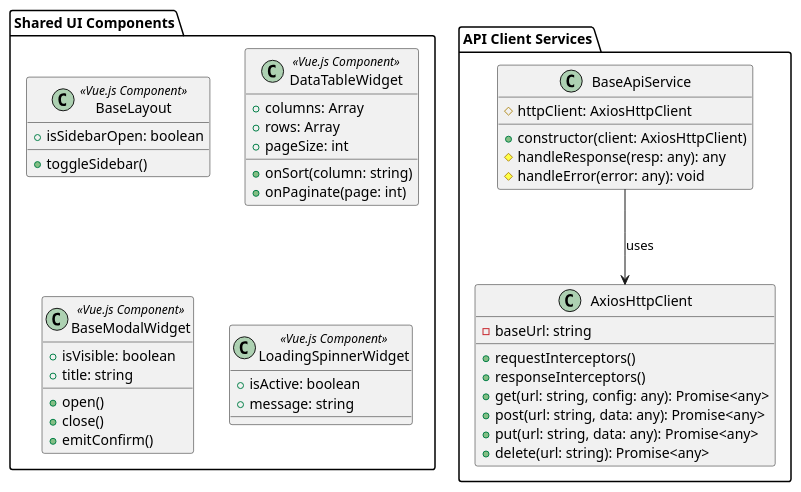
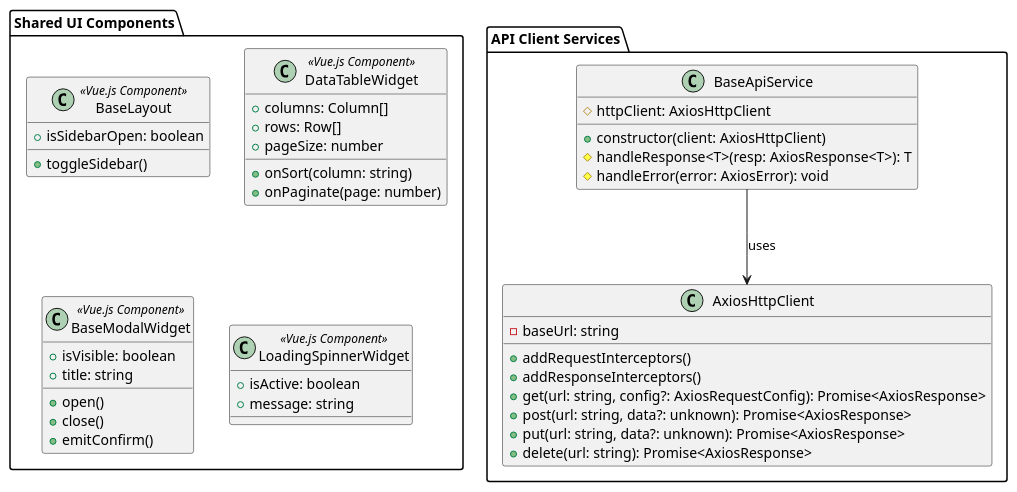
Before and after one commit to upc-pre-1asi0730-2610-10215-arcadiadevs/viora-report: the diagram in report/assets/diagram-sources/class-diagrams/shared-ui-and-api-client-services-diagram.puml, drawn with PlantUML. The commit also changed 24 other files, not shown here.

First line of the commit message:
refactor(diagram-sources): apply industry-standard naming conventions to class diagrams

```diff
--- a/report/assets/diagram-sources/class-diagrams/shared-ui-and-api-client-services-diagram.puml
+++ b/report/assets/diagram-sources/class-diagrams/shared-ui-and-api-client-services-diagram.puml
@@ -1,50 +1,50 @@
 @startuml
 package "API Client Services" {
     class AxiosHttpClient {
         - baseUrl: string
-        + requestInterceptors()
-        + responseInterceptors()
-        + get(url: string, config: any): Promise<any>
-        + post(url: string, data: any): Promise<any>
-        + put(url: string, data: any): Promise<any>
-        + delete(url: string): Promise<any>
+        + addRequestInterceptors()
+        + addResponseInterceptors()
+        + get(url: string, config?: AxiosRequestConfig): Promise<AxiosResponse>
+        + post(url: string, data?: unknown): Promise<AxiosResponse>
+        + put(url: string, data?: unknown): Promise<AxiosResponse>
+        + delete(url: string): Promise<AxiosResponse>
     }
 
     class BaseApiService {
         # httpClient: AxiosHttpClient
         + constructor(client: AxiosHttpClient)
-        # handleResponse(resp: any): any
-        # handleError(error: any): void
+        # handleResponse<T>(resp: AxiosResponse<T>): T
+        # handleError(error: AxiosError): void
     }
 }
 
 package "Shared UI Components" {
     class BaseLayout <<Vue.js Component>> {
         + isSidebarOpen: boolean
         + toggleSidebar()
     }
 
     class DataTableWidget <<Vue.js Component>> {
-        + columns: Array
-        + rows: Array
-        + pageSize: int
+        + columns: Column[]
+        + rows: Row[]
+        + pageSize: number
         + onSort(column: string)
-        + onPaginate(page: int)
+        + onPaginate(page: number)
     }
 
     class BaseModalWidget <<Vue.js Component>> {
         + isVisible: boolean
         + title: string
         + open()
         + close()
         + emitConfirm()
     }
 
     class LoadingSpinnerWidget <<Vue.js Component>> {
         + isActive: boolean
         + message: string
     }
 }
 
 BaseApiService --> AxiosHttpClient : uses
 @enduml
```
